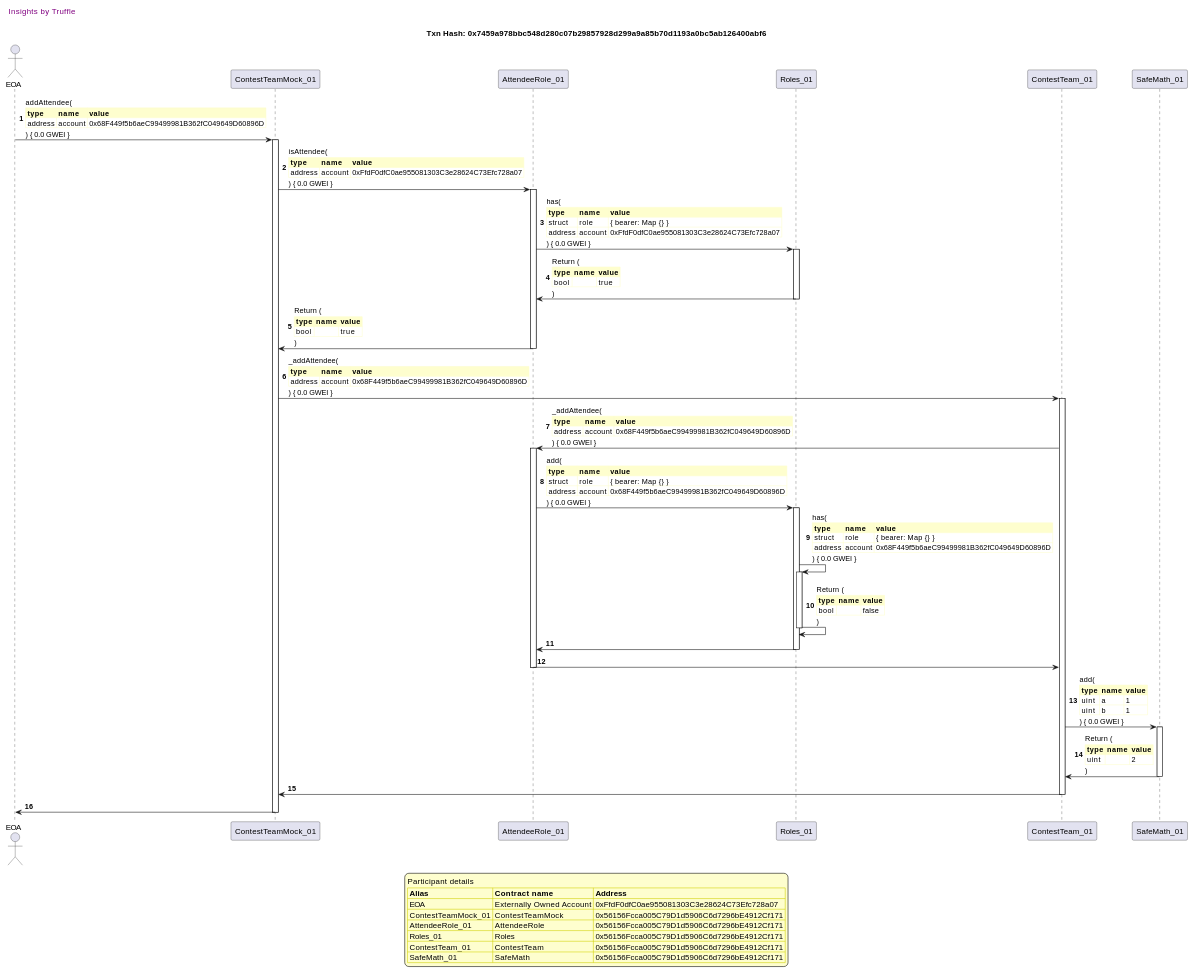
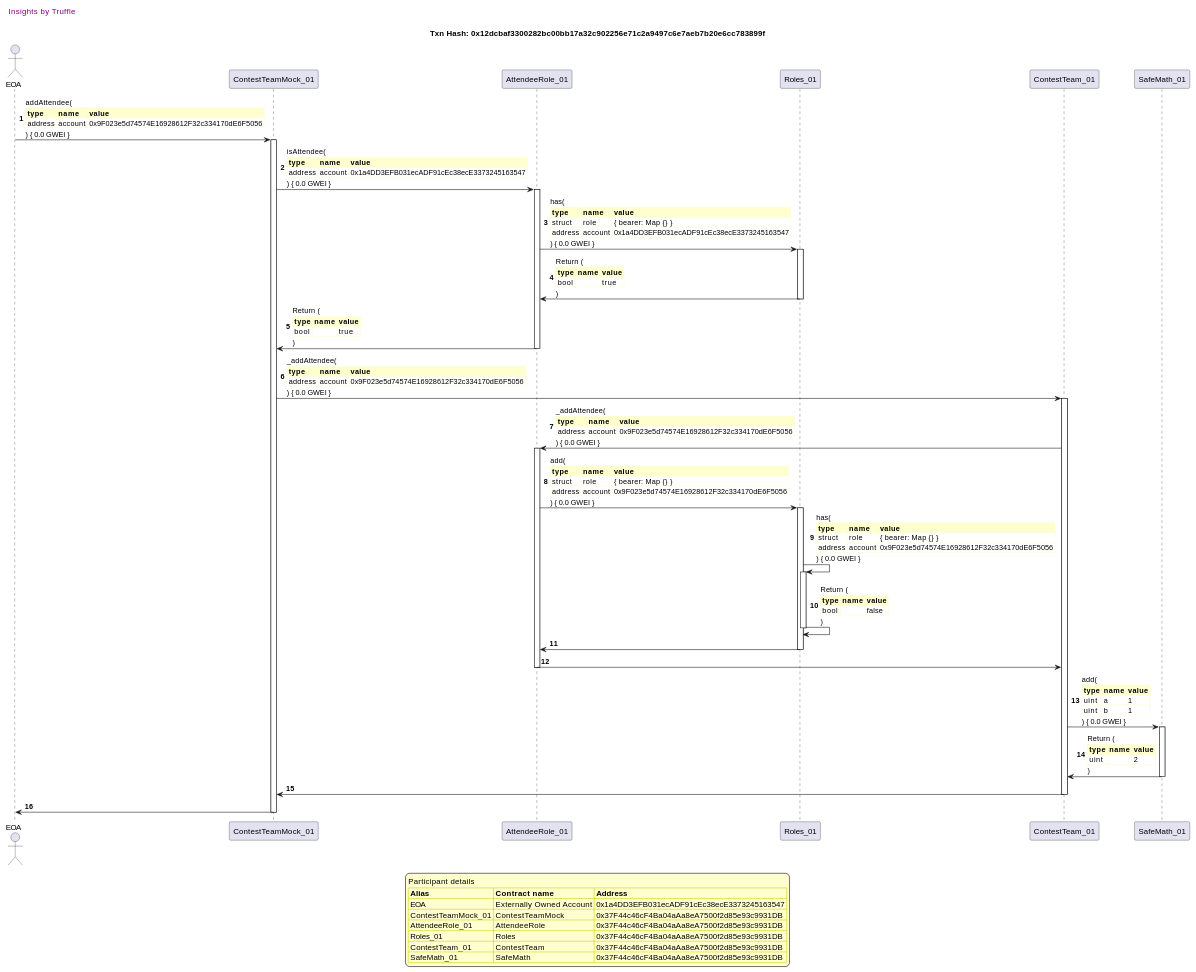
One commit to fodisi/hackapay changed the seventh of 50 diagrams in truffle-seq/core_contestteam.md. Above: the diagram before and after it, drawn with PlantUML. The commit also changed other lines of this file and 10 other files, not shown here.

```diff
--- a/truffle-seq/core_contestteam.md
+++ b/truffle-seq/core_contestteam.md
@@ -599,7 +594,7 @@
 
 header Insights by Truffle
 
-title Txn Hash: 0x7459a978bbc548d280c07b29857928d299a9a85b70d1193a0bc5ab126400abf6
+title Txn Hash: 0x12dcbaf3300282bc00bb17a32c902256e71c2a9497c6e7aeb7b20e6cc783899f
 
 
 actor EOA as "EOA"
@@ -611,16 +606,16 @@
 
 "EOA" -> "ContestTeamMock_01" ++: addAttendee(\n\
 <#FEFECE,#FEFECE>|= type |= name |= value |\n\
-| address | account | 0x68F449f5b6aeC99499981B362fC049649D60896D |\n\
+| address | account | 0x9F023e5d74574E16928612F32c334170dE6F5056 |\n\
 ) { 0.0 GWEI }
 "ContestTeamMock_01" -> "AttendeeRole_01" ++: isAttendee(\n\
 <#FEFECE,#FEFECE>|= type |= name |= value |\n\
-| address | account | 0xFfdF0dfC0ae955081303C3e28624C73Efc728a07 |\n\
+| address | account | 0x1a4DD3EFB031ecADF91cEc38ecE3373245163547 |\n\
 ) { 0.0 GWEI }
 "AttendeeRole_01" -> "Roles_01" ++: has(\n\
 <#FEFECE,#FEFECE>|= type |= name |= value |\n\
 | struct | role | { bearer: Map {} } |\n\
-| address | account | 0xFfdF0dfC0ae955081303C3e28624C73Efc728a07 |\n\
+| address | account | 0x1a4DD3EFB031ecADF91cEc38ecE3373245163547 |\n\
 ) { 0.0 GWEI }
 "Roles_01" -> "AttendeeRole_01" --: Return (\n\
 <#FEFECE,#FEFECE>|= type |= name |= value |\n\
@@ -632,21 +627,21 @@
 )
 "ContestTeamMock_01" -> "ContestTeam_01" ++: _addAttendee(\n\
 <#FEFECE,#FEFECE>|= type |= name |= value |\n\
-| address | account | 0x68F449f5b6aeC99499981B362fC049649D60896D |\n\
+| address | account | 0x9F023e5d74574E16928612F32c334170dE6F5056 |\n\
 ) { 0.0 GWEI }
 "ContestTeam_01" -> "AttendeeRole_01" ++: _addAttendee(\n\
 <#FEFECE,#FEFECE>|= type |= name |= value |\n\
-| address | account | 0x68F449f5b6aeC99499981B362fC049649D60896D |\n\
+| address | account | 0x9F023e5d74574E16928612F32c334170dE6F5056 |\n\
 ) { 0.0 GWEI }
 "AttendeeRole_01" -> "Roles_01" ++: add(\n\
 <#FEFECE,#FEFECE>|= type |= name |= value |\n\
 | struct | role | { bearer: Map {} } |\n\
-| address | account | 0x68F449f5b6aeC99499981B362fC049649D60896D |\n\
+| address | account | 0x9F023e5d74574E16928612F32c334170dE6F5056 |\n\
 ) { 0.0 GWEI }
 "Roles_01" -> "Roles_01" ++: has(\n\
 <#FEFECE,#FEFECE>|= type |= name |= value |\n\
 | struct | role | { bearer: Map {} } |\n\
-| address | account | 0x68F449f5b6aeC99499981B362fC049649D60896D |\n\
+| address | account | 0x9F023e5d74574E16928612F32c334170dE6F5056 |\n\
 ) { 0.0 GWEI }
 "Roles_01" -> "Roles_01" --: Return (\n\
 <#FEFECE,#FEFECE>|= type |= name |= value |\n\
@@ -669,12 +664,12 @@
 legend
 Participant details
 <#FEFECE,#D0D000>|= Alias |= Contract name |= Address |
-<#FEFECE>| EOA | Externally Owned Account | 0xFfdF0dfC0ae955081303C3e28624C73Efc728a07 |
-<#FEFECE>| ContestTeamMock_01 | ContestTeamMock | 0x56156Fcca005C79D1d5906C6d7296bE4912Cf171 |
-<#FEFECE>| AttendeeRole_01 | AttendeeRole | 0x56156Fcca005C79D1d5906C6d7296bE4912Cf171 |
-<#FEFECE>| Roles_01 | Roles | 0x56156Fcca005C79D1d5906C6d7296bE4912Cf171 |
-<#FEFECE>| ContestTeam_01 | ContestTeam | 0x56156Fcca005C79D1d5906C6d7296bE4912Cf171 |
-<#FEFECE>| SafeMath_01 | SafeMath | 0x56156Fcca005C79D1d5906C6d7296bE4912Cf171 |
+<#FEFECE>| EOA | Externally Owned Account | 0x1a4DD3EFB031ecADF91cEc38ecE3373245163547 |
+<#FEFECE>| ContestTeamMock_01 | ContestTeamMock | 0x37F44c46cF4Ba04aAa8eA7500f2d85e93c9931DB |
+<#FEFECE>| AttendeeRole_01 | AttendeeRole | 0x37F44c46cF4Ba04aAa8eA7500f2d85e93c9931DB |
+<#FEFECE>| Roles_01 | Roles | 0x37F44c46cF4Ba04aAa8eA7500f2d85e93c9931DB |
+<#FEFECE>| ContestTeam_01 | ContestTeam | 0x37F44c46cF4Ba04aAa8eA7500f2d85e93c9931DB |
+<#FEFECE>| SafeMath_01 | SafeMath | 0x37F44c46cF4Ba04aAa8eA7500f2d85e93c9931DB |
 endlegend
 
 @enduml
```
